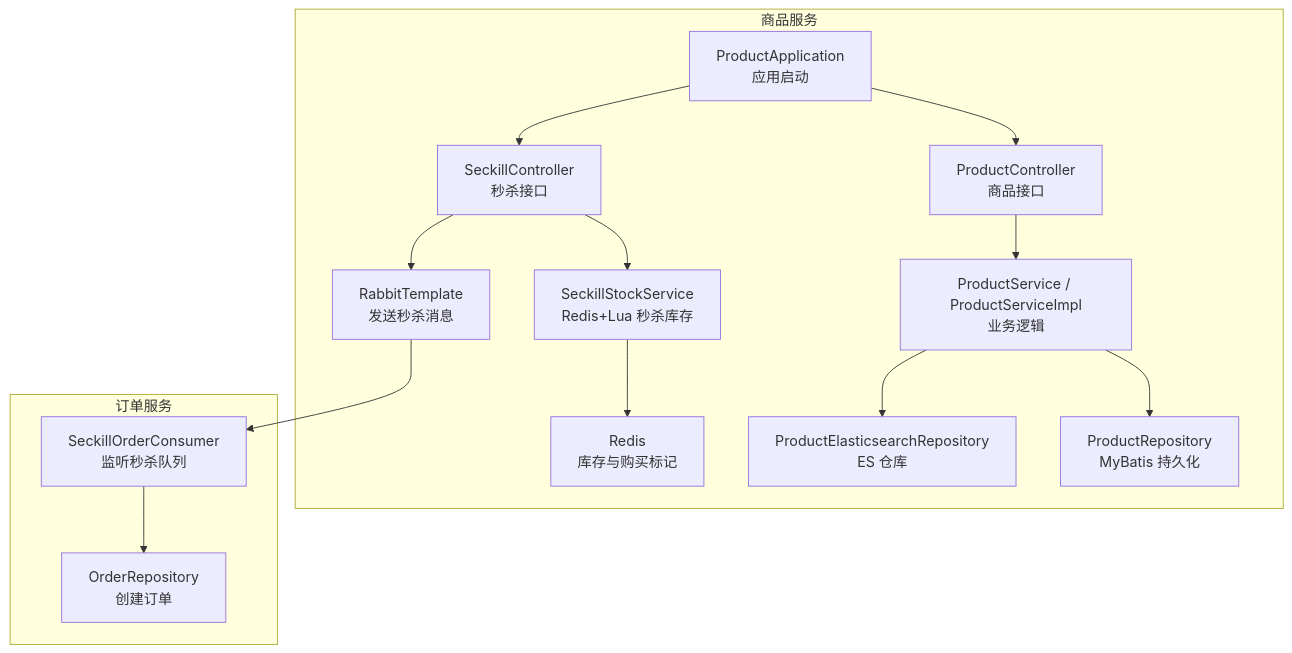
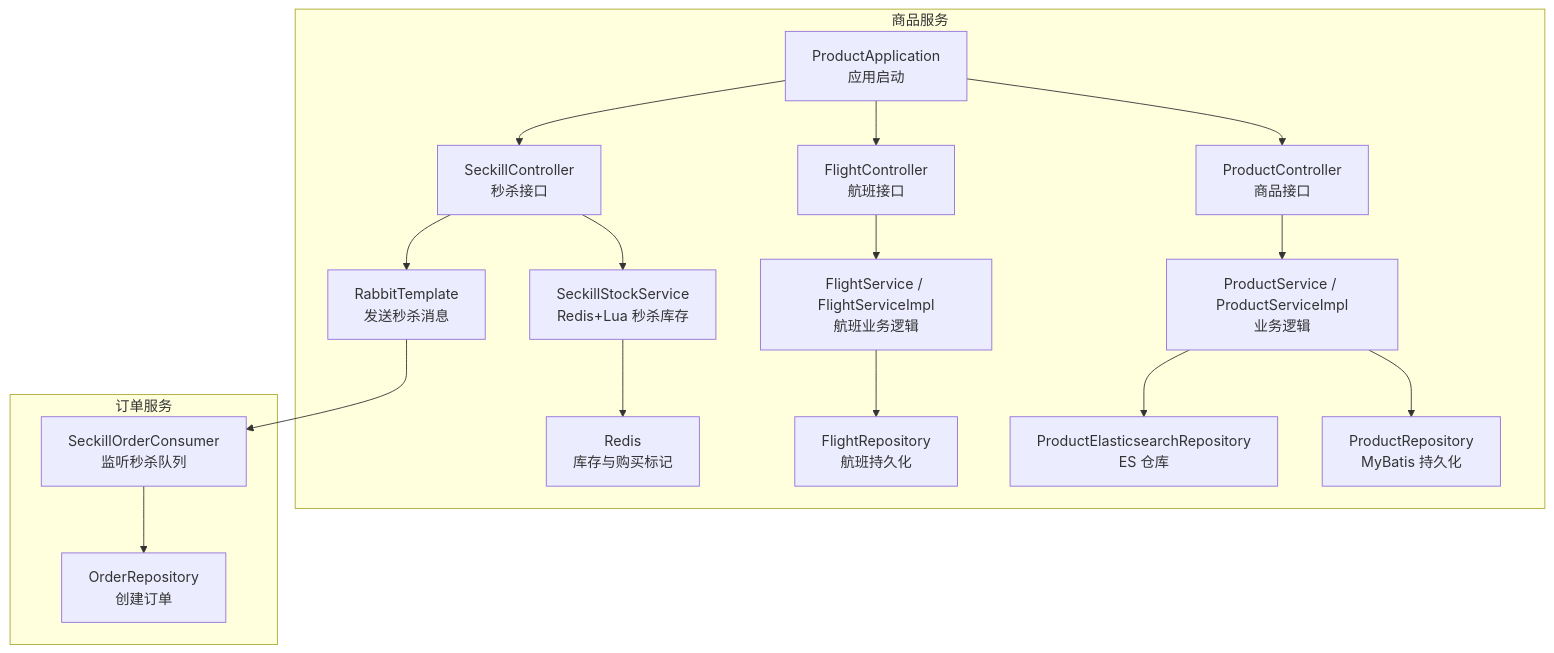
One commit to haohailiang/qoder-fullstack changed the first of 13 diagrams in .qoder/repowiki/zh/content/后端架构设计/商品服务/商品服务.md. Above: the diagram before and after it, drawn with Mermaid. The commit also changed other lines of this file and 45 other files, not shown here.

````diff
--- a/.qoder/repowiki/zh/content/后端架构设计/商品服务/商品服务.md
+++ b/.qoder/repowiki/zh/content/后端架构设计/商品服务/商品服务.md
@@ -42,17 +55,20 @@
 ```mermaid
 graph TB
 subgraph "商品服务"
 A["ProductApplication<br/>应用启动"] --> B["ProductController<br/>商品接口"]
-A --> C["SeckillController<br/>秒杀接口"]
-B --> D["ProductService / ProductServiceImpl<br/>业务逻辑"]
-C --> E["SeckillStockService<br/>Redis+Lua 秒杀库存"]
-D --> F["ProductRepository<br/>MyBatis 持久化"]
-D --> G["ProductElasticsearchRepository<br/>ES 仓库"]
-E --> H["Redis<br/>库存与购买标记"]
-C --> I["RabbitTemplate<br/>发送秒杀消息"]
+A --> C["FlightController<br/>航班接口"]
+A --> D["SeckillController<br/>秒杀接口"]
+B --> E["ProductService / ProductServiceImpl<br/>业务逻辑"]
+C --> F["FlightService / FlightServiceImpl<br/>航班业务逻辑"]
+D --> G["SeckillStockService<br/>Redis+Lua 秒杀库存"]
+E --> H["ProductRepository<br/>MyBatis 持久化"]
+F --> I["FlightRepository<br/>航班持久化"]
+E --> J["ProductElasticsearchRepository<br/>ES 仓库"]
+G --> K["Redis<br/>库存与购买标记"]
+D --> L["RabbitTemplate<br/>发送秒杀消息"]
 end
 subgraph "订单服务"
-J["SeckillOrderConsumer<br/>监听秒杀队列"] --> K["OrderRepository<br/>创建订单"]
+M["SeckillOrderConsumer<br/>监听秒杀队列"] --> N["OrderRepository<br/>创建订单"]
 end
-I --> J
+L --> M
 ```
````
